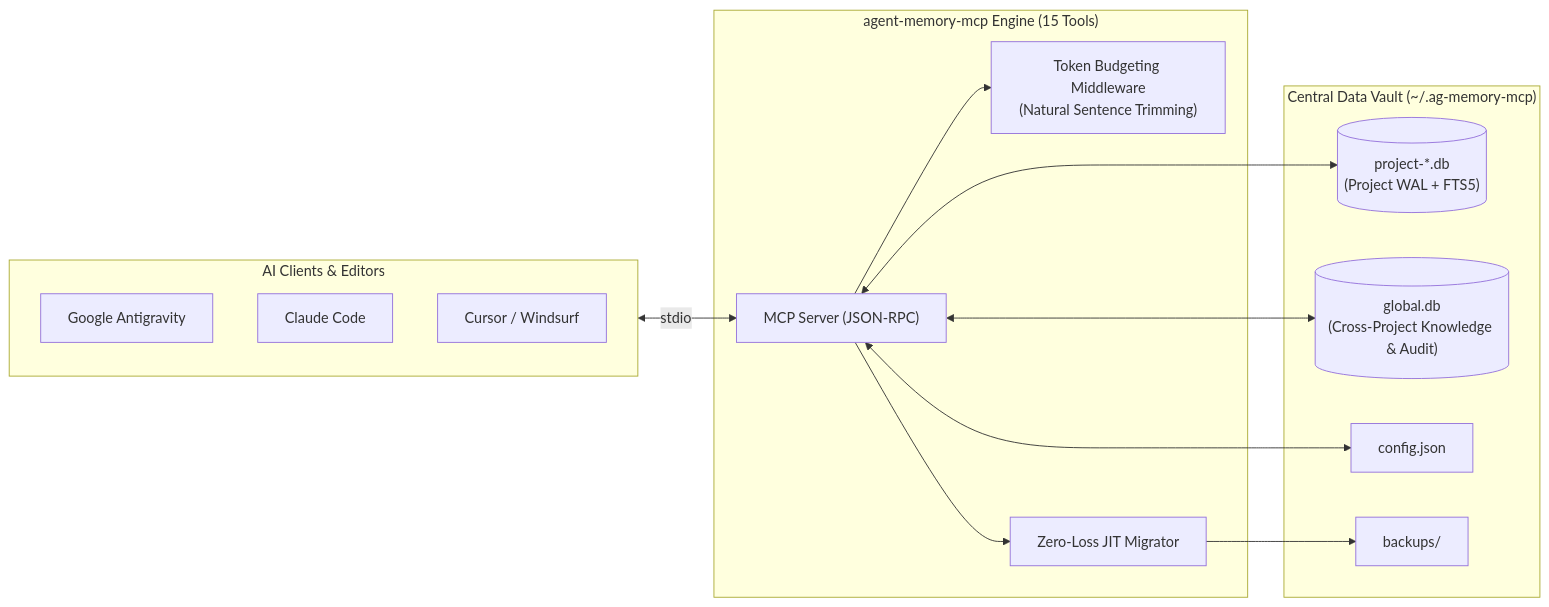
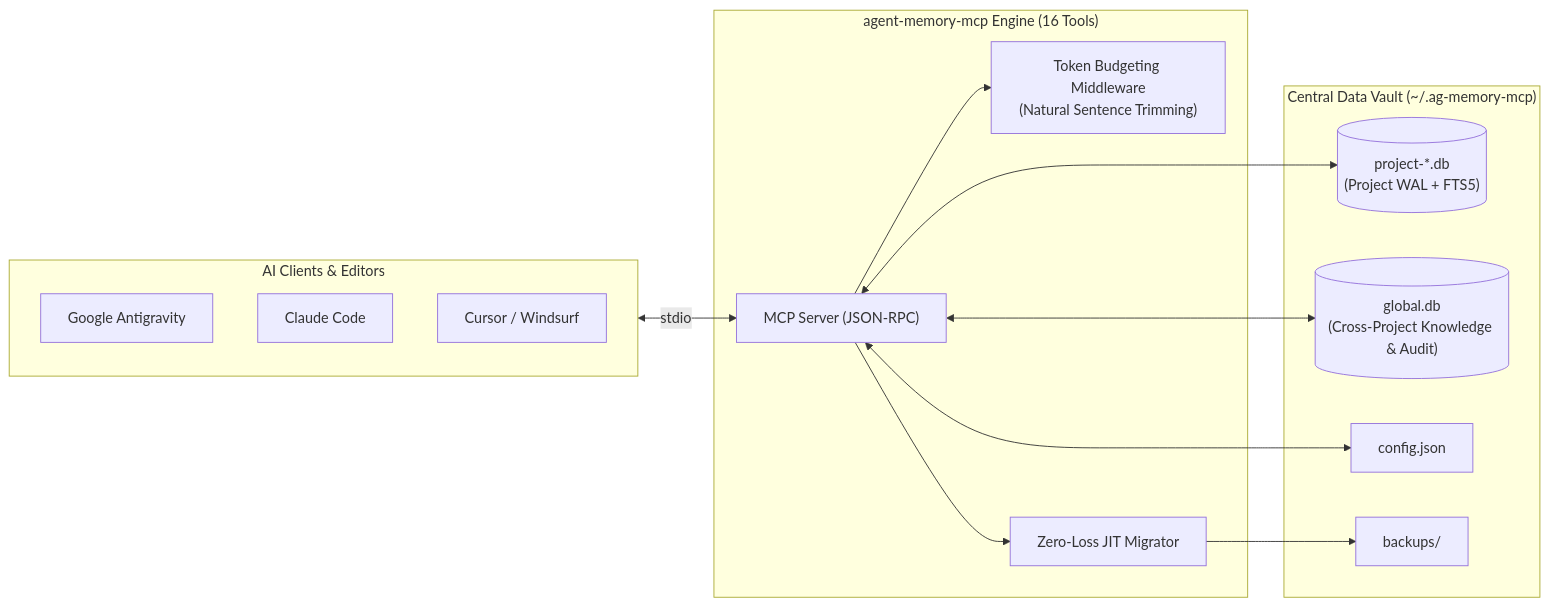
One commit to zqf20096327/dbhub_collect changed the diagram in data/readmes/msking18__agent-memory-mcp.md. Above: the diagram before and after it, drawn with Mermaid. The commit also changed other lines of this file and 817 other files, not shown here.

````diff
--- a/data/readmes/msking18__agent-memory-mcp.md
+++ b/data/readmes/msking18__agent-memory-mcp.md
@@ -40,29 +42,29 @@
 ```mermaid
 flowchart LR
     subgraph Clients["AI Clients & Editors"]
         AG["Google Antigravity"]
         CC["Claude Code"]
         CU["Cursor / Windsurf"]
     end
 
-    subgraph MCP["agent-memory-mcp Engine (15 Tools)"]
+    subgraph MCP["agent-memory-mcp Engine (16 Tools)"]
         Server["MCP Server (JSON-RPC)"]
         Middleware["Token Budgeting Middleware<br/>(Natural Sentence Trimming)"]
         Migrator["Zero-Loss JIT Migrator"]
     end
 
     subgraph Storage["Central Data Vault (~/.ag-memory-mcp)"]
         ProjectDB[("project-*.db<br/>(Project WAL + FTS5)")]
         GlobalDB[("global.db<br/>(Cross-Project Knowledge & Audit)")]
         Config["config.json"]
         Backups["backups/"]
     end
 
     Clients <-->|"stdio"| Server
     Server --> Middleware
     Server --> Migrator
     Migrator --> Backups
     Server <--> ProjectDB
     Server <--> GlobalDB
     Server <--> Config
 ```
````
